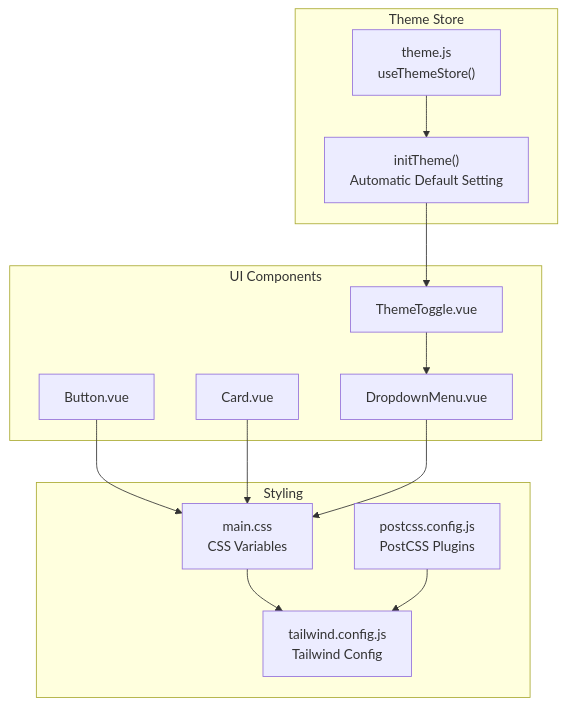
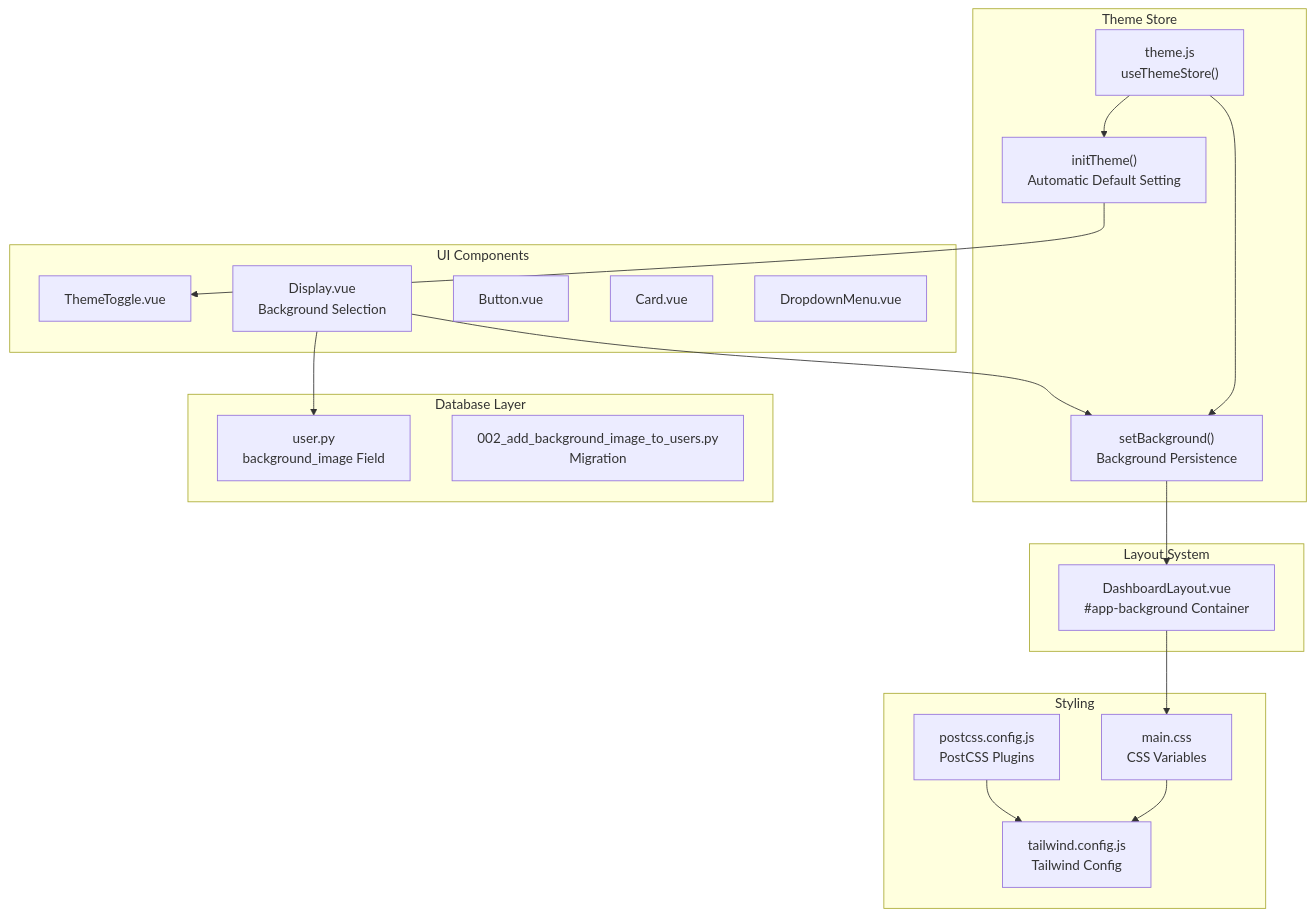
Before and after one commit to Nikita5543/New-SSO-02: the first of 8 diagrams in .qoder/repowiki/en/content/Frontend Architecture/Theming and Customization.md, drawn with Mermaid. The commit also changed other lines of this file and 7 other files, not shown here.

````diff
--- a/.qoder/repowiki/en/content/Frontend Architecture/Theming and Customization.md
+++ b/.qoder/repowiki/en/content/Frontend Architecture/Theming and Customization.md
@@ -48,26 +56,36 @@
 ```mermaid
 graph TB
 subgraph "Theme Store"
 TS["theme.js<br/>useThemeStore()"]
 INIT["initTheme()<br/>Automatic Default Setting"]
+BG["setBackground()<br/>Background Persistence"]
 end
 subgraph "UI Components"
 TT["ThemeToggle.vue"]
+DISP["Display.vue<br/>Background Selection"]
 BTN["Button.vue"]
 CARD["Card.vue"]
 DD["DropdownMenu.vue"]
+end
+subgraph "Layout System"
+DL["DashboardLayout.vue<br/>#app-background Container"]
+end
+subgraph "Database Layer"
+UM["user.py<br/>background_image Field"]
+ALEMBIC["002_add_background_image_to_users.py<br/>Migration"]
 end
 subgraph "Styling"
 CSS["main.css<br/>CSS Variables"]
 TW["tailwind.config.js<br/>Tailwind Config"]
 PC["postcss.config.js<br/>PostCSS Plugins"]
 end
 TS --> INIT
+TS --> BG
 INIT --> TT
-TT --> DD
-BTN --> CSS
-CARD --> CSS
-DD --> CSS
+BG --> DL
+DISP --> BG
+DISP --> UM
+DL --> CSS
 CSS --> TW
 PC --> TW
 ```
````
